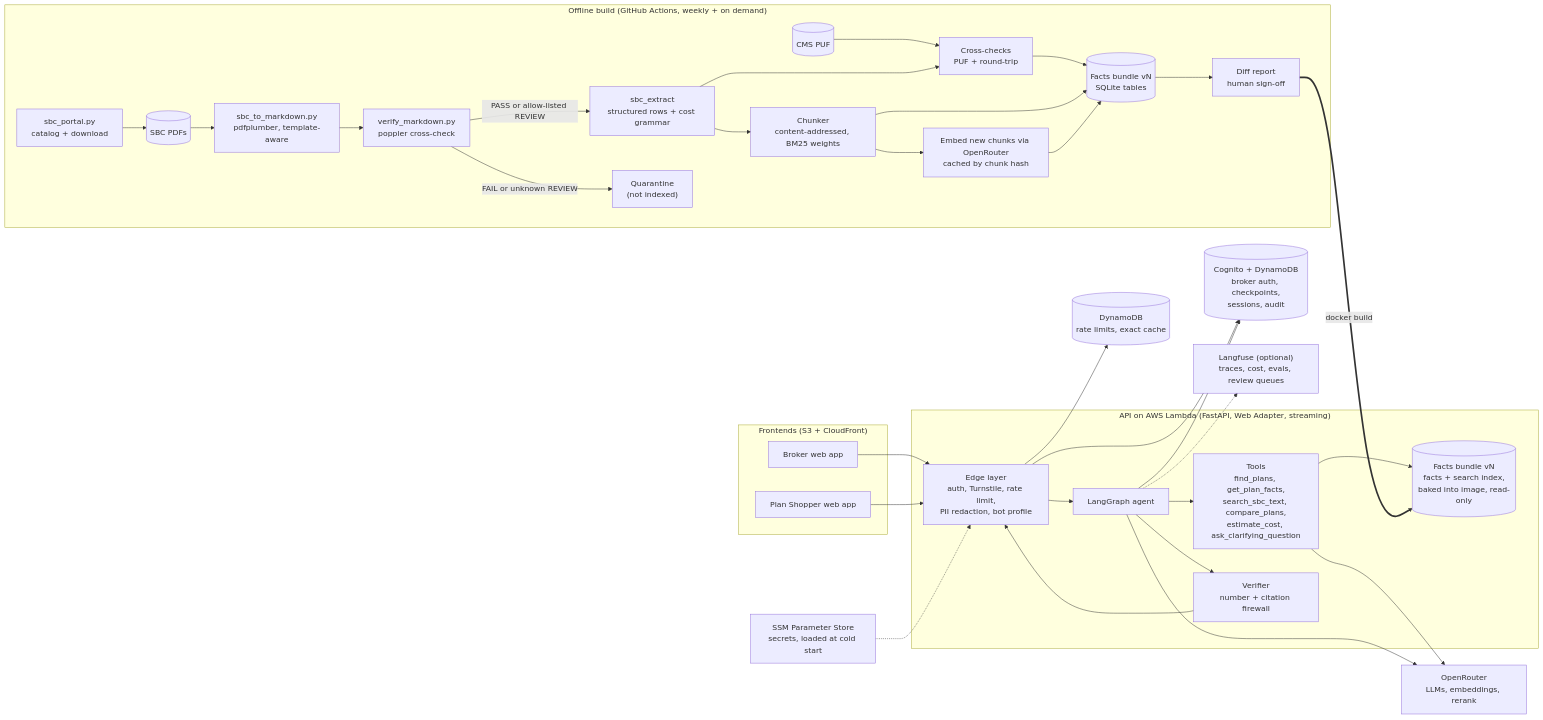
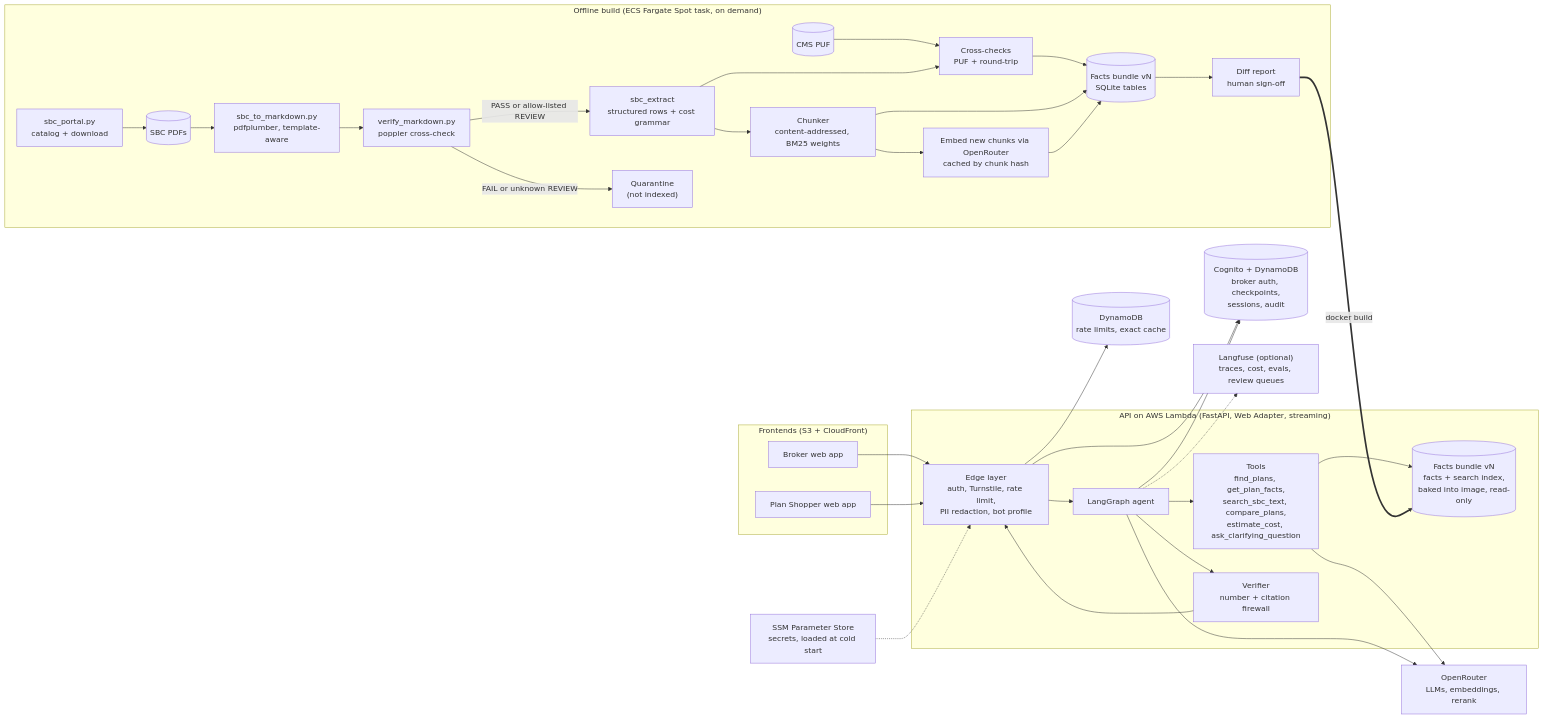
Before and after one commit to syamsruthin/sbc-agentic-rag: the first of 2 diagrams in PLAN.md, drawn with Mermaid. The commit also changed other lines of this file and 8 other files, not shown here.

````diff
--- a/PLAN.md
+++ b/PLAN.md
@@ -199,53 +200,53 @@
 ```mermaid
 flowchart LR
-  subgraph OFF["Offline build (GitHub Actions, weekly + on demand)"]
+  subgraph OFF["Offline build (ECS Fargate Spot task, on demand)"]
     PORTAL["sbc_portal.py<br/>catalog + download"] --> PDF[("SBC PDFs")]
     PDF --> CONV["sbc_to_markdown.py<br/>pdfplumber, template-aware"]
     CONV --> VER["verify_markdown.py<br/>poppler cross-check"]
     VER -->|"PASS or allow-listed REVIEW"| EXT["sbc_extract<br/>structured rows + cost grammar"]
     VER -->|"FAIL or unknown REVIEW"| Q["Quarantine<br/>(not indexed)"]
     PUFD[("CMS PUF")] --> XC["Cross-checks<br/>PUF + round-trip"]
     EXT --> XC
     XC --> FACTS[("Facts bundle vN<br/>SQLite tables")]
     FACTS --> DIFF["Diff report<br/>human sign-off"]
     EXT --> CHK["Chunker<br/>content-addressed, BM25 weights"]
     CHK --> EMB["Embed new chunks via OpenRouter<br/>cached by chunk hash"]
     CHK --> FACTS
     EMB --> FACTS
   end
 
   subgraph CLIENTS["Frontends (S3 + CloudFront)"]
     WB["Broker web app"]
     WP["Plan Shopper web app"]
   end
 
   subgraph RUN["API on AWS Lambda (FastAPI, Web Adapter, streaming)"]
     EDGE["Edge layer<br/>auth, Turnstile, rate limit,<br/>PII redaction, bot profile"]
     AGENT["LangGraph agent"]
     TOOLS["Tools<br/>find_plans, get_plan_facts,<br/>search_sbc_text, compare_plans,<br/>estimate_cost, ask_clarifying_question"]
     VERIFY["Verifier<br/>number + citation firewall"]
     IDX[("Facts bundle vN<br/>facts + search index,<br/>baked into image, read-only")]
   end
 
   OR["OpenRouter<br/>LLMs, embeddings, rerank"]
   SB[("Cognito + DynamoDB<br/>broker auth, checkpoints,<br/>sessions, audit")]
   UP[("DynamoDB<br/>rate limits, exact cache")]
   LF["Langfuse (optional)<br/>traces, cost, evals, review queues"]
   DP["SSM Parameter Store<br/>secrets, loaded at cold start"]
 
   WB --> EDGE
   WP --> EDGE
   EDGE --> AGENT
   AGENT --> TOOLS
   TOOLS --> IDX
   TOOLS --> OR
   AGENT --> OR
   AGENT --> VERIFY
   VERIFY --> EDGE
   EDGE --> UP
   EDGE --> SB
   AGENT --> SB
   AGENT -.-> LF
   DIFF ==>|"docker build"| IDX
   DP -.-> EDGE
 ```
````
